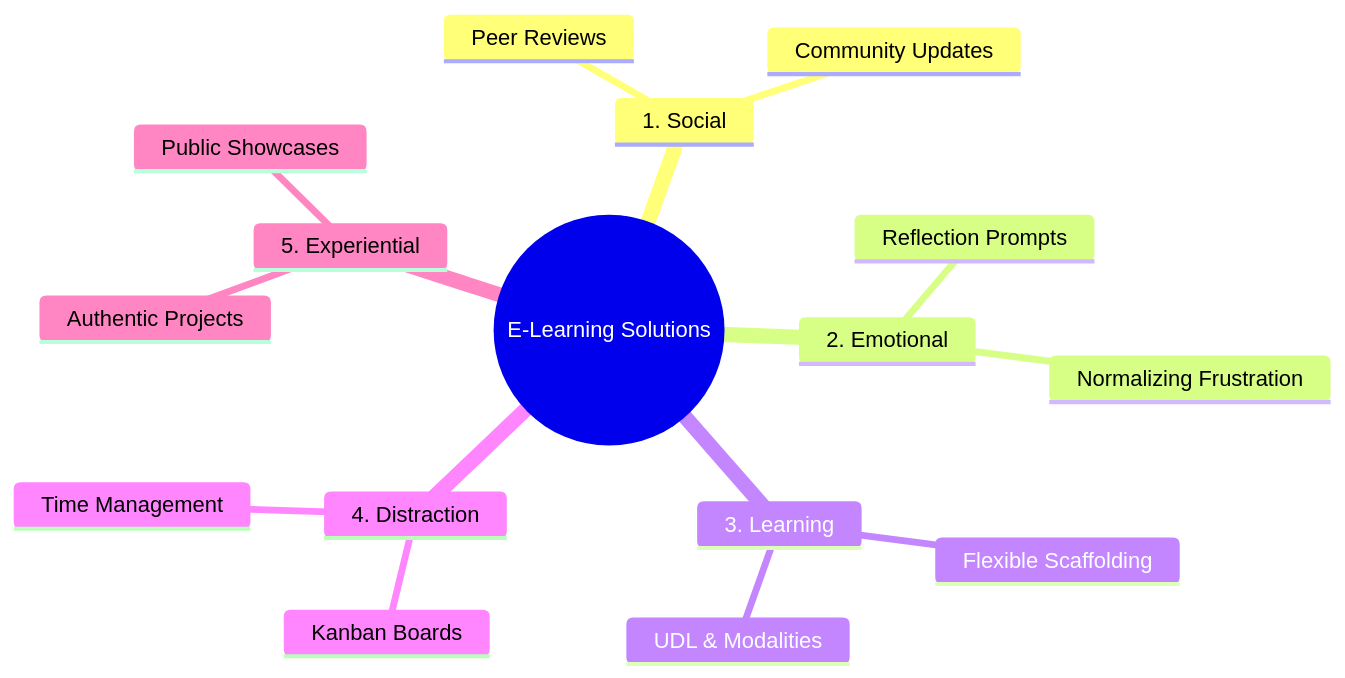
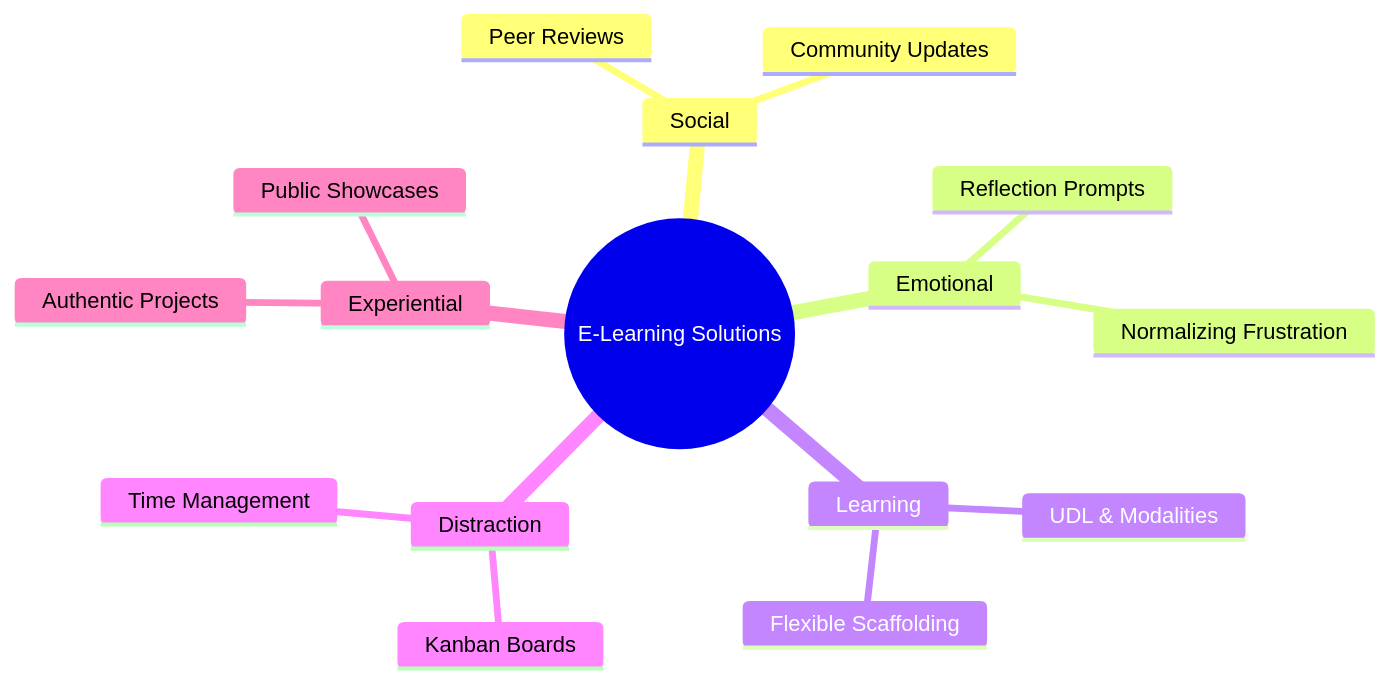
The second of 2 diagrams in _posts/WGU/2025-11-11-learning-elearning-challengs.md (Open-Coding-Society/pages), drawn with Mermaid before and after one commit.

````diff
--- a/_posts/WGU/2025-11-11-learning-elearning-challengs.md
+++ b/_posts/WGU/2025-11-11-learning-elearning-challengs.md
@@ -133,19 +133,19 @@
 ```mermaid
 mindmap
   root((E-Learning Solutions))
-    1. Social
+    Social
       Peer Reviews
       Community Updates
-    2. Emotional
+    Emotional
       Reflection Prompts
       Normalizing Frustration
-    3. Learning
+    Learning
       UDL & Modalities
       Flexible Scaffolding
-    4. Distraction
+    Distraction
       Kanban Boards
       Time Management
-    5. Experiential
+    Experiential
       Authentic Projects
       Public Showcases
 ```
````
